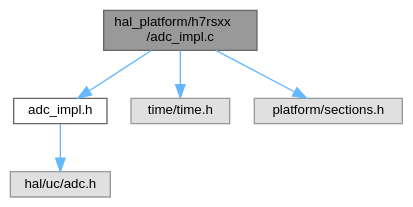
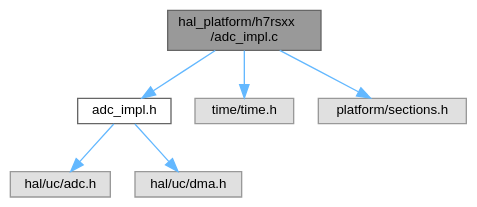
Before and after one commit to ebs-universe/piolib-hal-uc-stm32: the diagram in adc__impl_8c__incl.dot, drawn with Graphviz. The commit also changed 348 other files, not shown here.

```diff
--- a/adc__impl_8c__incl.dot
+++ b/adc__impl_8c__incl.dot
@@ -1,17 +1,19 @@
 digraph "hal_platform/h7rsxx/adc_impl.c"
 {
  // INTERACTIVE_SVG=YES
  // LATEX_PDF_SIZE
   bgcolor="transparent";
   edge [fontname=Helvetica,fontsize=10,labelfontname=Helvetica,labelfontsize=10];
   node [fontname=Helvetica,fontsize=10,shape=box,height=0.2,width=0.4];
   Node1 [id="Node000001",label="hal_platform/h7rsxx\l/adc_impl.c",height=0.2,width=0.4,color="gray40", fillcolor="grey60", style="filled", fontcolor="black",tooltip=" "];
   Node1 -> Node2 [id="edge1_Node000001_Node000002",color="steelblue1",style="solid",tooltip=" "];
   Node2 [id="Node000002",label="adc_impl.h",height=0.2,width=0.4,color="grey40", fillcolor="white", style="filled",URL="$h7rsxx_2adc__impl_8h.html",tooltip=" "];
   Node2 -> Node3 [id="edge2_Node000002_Node000003",color="steelblue1",style="solid",tooltip=" "];
   Node3 [id="Node000003",label="hal/uc/adc.h",height=0.2,width=0.4,color="grey60", fillcolor="#E0E0E0", style="filled",tooltip=" "];
-  Node1 -> Node4 [id="edge3_Node000001_Node000004",color="steelblue1",style="solid",tooltip=" "];
-  Node4 [id="Node000004",label="time/time.h",height=0.2,width=0.4,color="grey60", fillcolor="#E0E0E0", style="filled",tooltip=" "];
+  Node2 -> Node4 [id="edge3_Node000002_Node000004",color="steelblue1",style="solid",tooltip=" "];
+  Node4 [id="Node000004",label="hal/uc/dma.h",height=0.2,width=0.4,color="grey60", fillcolor="#E0E0E0", style="filled",tooltip=" "];
   Node1 -> Node5 [id="edge4_Node000001_Node000005",color="steelblue1",style="solid",tooltip=" "];
-  Node5 [id="Node000005",label="platform/sections.h",height=0.2,width=0.4,color="grey60", fillcolor="#E0E0E0", style="filled",tooltip=" "];
+  Node5 [id="Node000005",label="time/time.h",height=0.2,width=0.4,color="grey60", fillcolor="#E0E0E0", style="filled",tooltip=" "];
+  Node1 -> Node6 [id="edge5_Node000001_Node000006",color="steelblue1",style="solid",tooltip=" "];
+  Node6 [id="Node000006",label="platform/sections.h",height=0.2,width=0.4,color="grey60", fillcolor="#E0E0E0", style="filled",tooltip=" "];
 }
```
